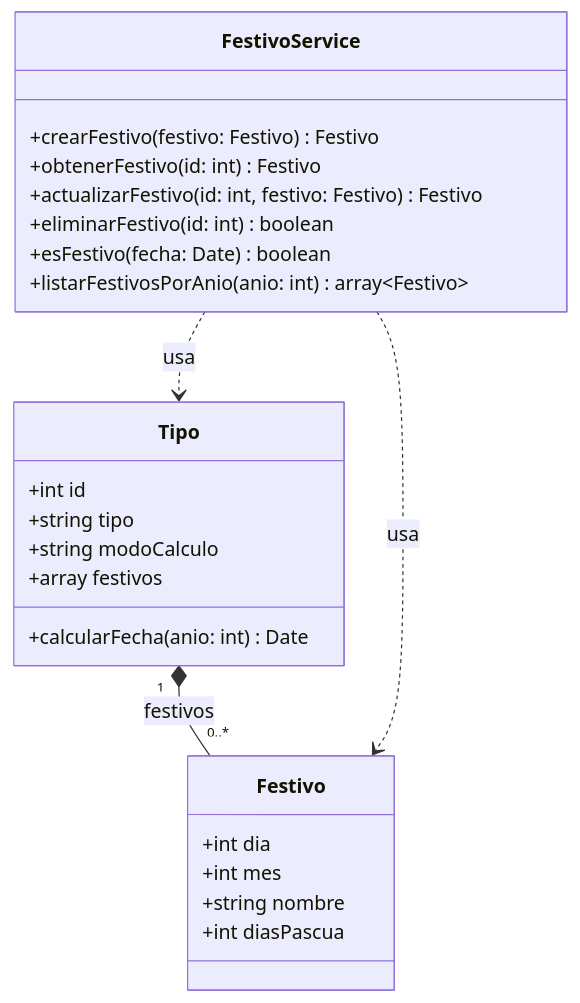
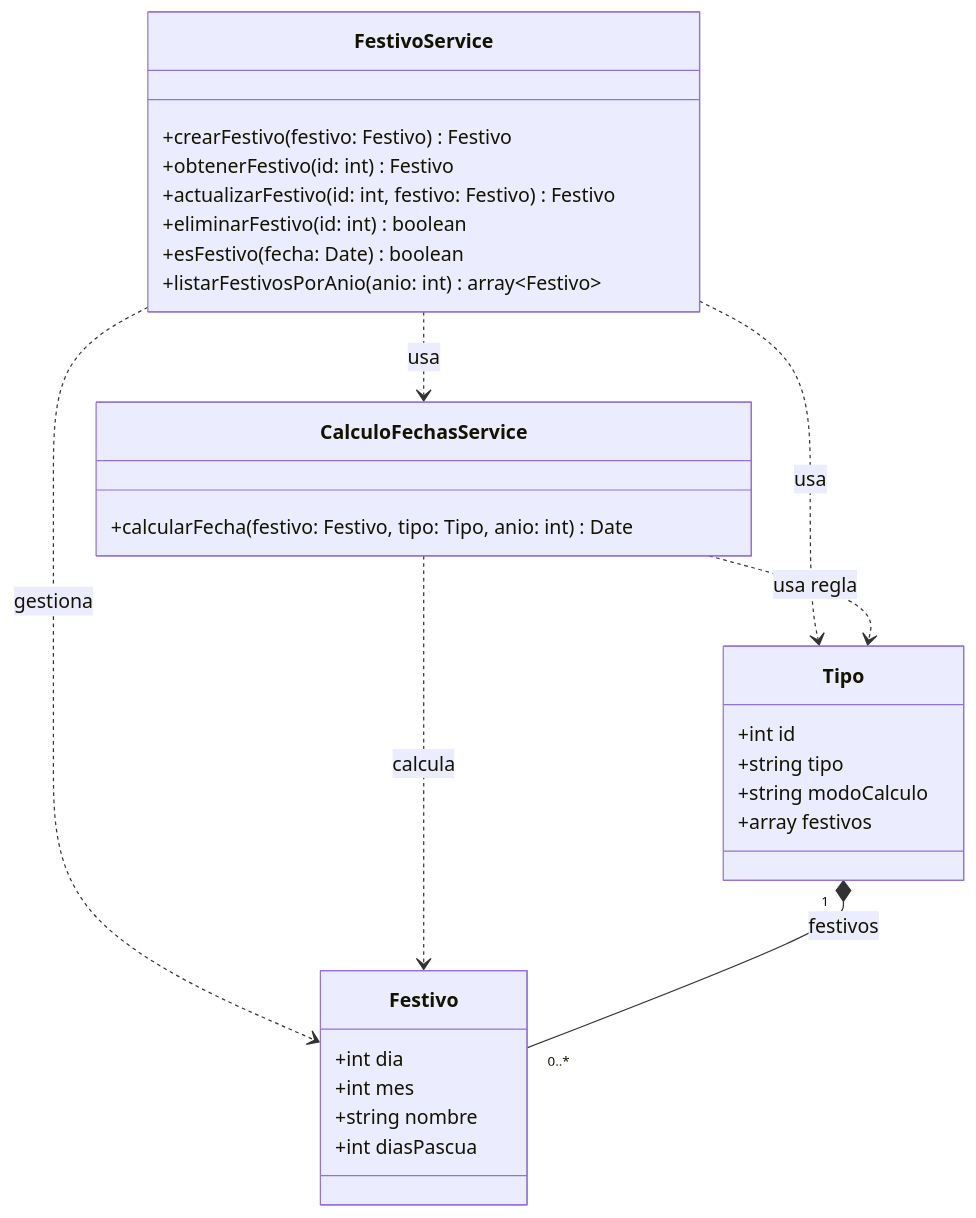
One commit to ivnmorales/Proyecto_Arquitectura_Festivos changed the diagram in diagramas/modelo-objetual-festivos.md. Above: the diagram before and after it, drawn with Mermaid. The commit also changed 1 other file, not shown here.

Commit message:
Actualizacion por CRUD

````diff
--- a/diagramas/modelo-objetual-festivos.md
+++ b/diagramas/modelo-objetual-festivos.md
@@ -3,32 +3,40 @@
 ```mermaid
 classDiagram
 direction TB
-
-class Tipo {
-    +int id
-    +string tipo
-    +string modoCalculo
-    +array festivos
-    +calcularFecha(anio: int) Date
-}
-
-class Festivo {
-    +int dia
-    +int mes
-    +string nombre
-    +int diasPascua
-}
 
 class FestivoService {
     +crearFestivo(festivo: Festivo) Festivo
     +obtenerFestivo(id: int) Festivo
     +actualizarFestivo(id: int, festivo: Festivo) Festivo
     +eliminarFestivo(id: int) boolean
     +esFestivo(fecha: Date) boolean
     +listarFestivosPorAnio(anio: int) array~Festivo~
 }
 
+class CalculoFechasService {
+    +calcularFecha(festivo: Festivo, tipo: Tipo, anio: int) Date
+}
+
+class Tipo {
+    +int id
+    +string tipo
+    +string modoCalculo
+    +array festivos
+}
+
+class Festivo {
+    +int dia
+    +int mes
+    +string nombre
+    +int diasPascua
+}
+
+FestivoService ..> Tipo : usa
+FestivoService ..> Festivo : gestiona
+FestivoService ..> CalculoFechasService : usa
+
+CalculoFechasService ..> Tipo : usa regla
+CalculoFechasService ..> Festivo : calcula
+
 Tipo "1" *-- "0..*" Festivo : festivos
-FestivoService ..> Tipo : usa
-FestivoService ..> Festivo : usa
 ```
````
